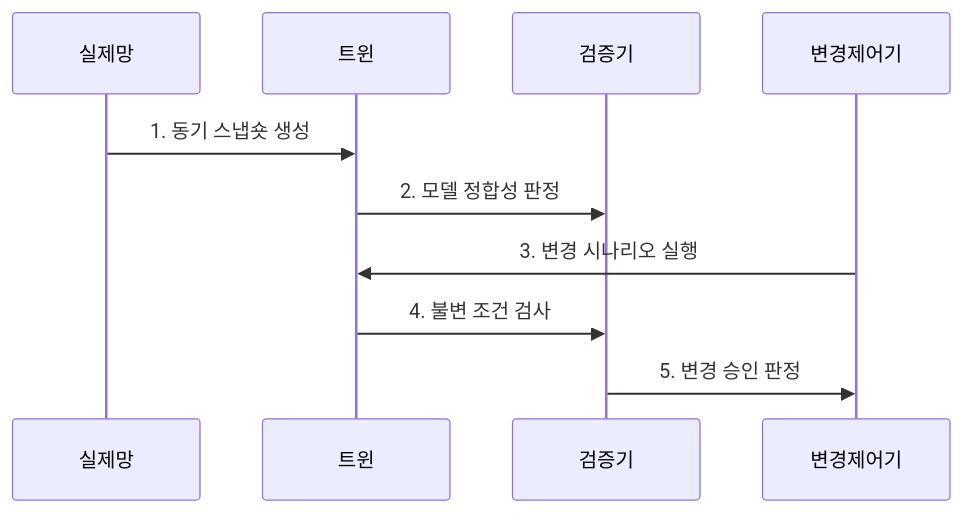
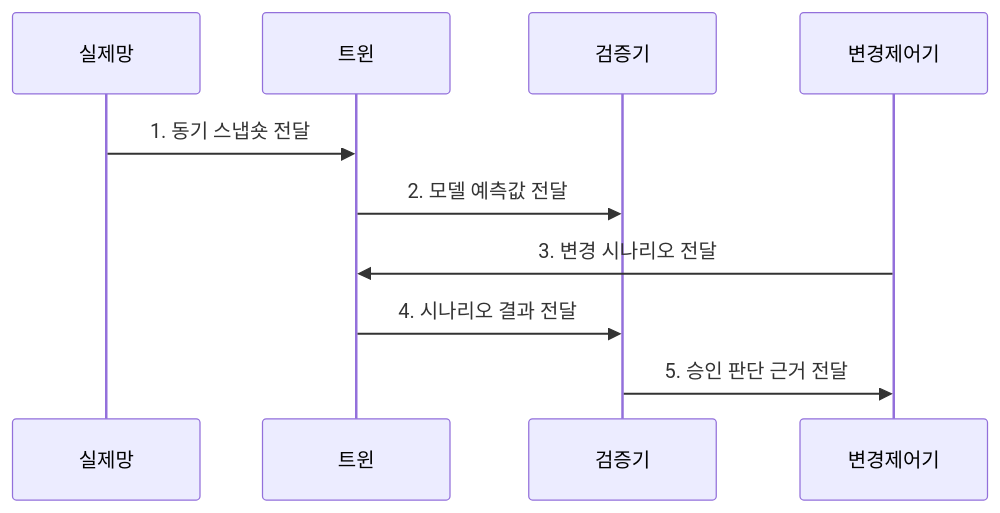
Before and after one commit to agnusdei1207/knowledge-base: the second of 2 diagrams in src/content/docs/notes/04-network/099_network_digital_twin.md, drawn with Mermaid. The commit also changed other lines of this file and 20 other files, not shown here.

````diff
--- a/src/content/docs/notes/04-network/099_network_digital_twin.md
+++ b/src/content/docs/notes/04-network/099_network_digital_twin.md
@@ -80,12 +88,12 @@
 ```mermaid
 sequenceDiagram
     participant 실제망
     participant 트윈
     participant 검증기
     participant 변경제어기
-    실제망->>트윈: 1. 동기 스냅숏 생성
-    트윈->>검증기: 2. 모델 정합성 판정
-    변경제어기->>트윈: 3. 변경 시나리오 실행
-    트윈->>검증기: 4. 불변 조건 검사
-    검증기->>변경제어기: 5. 변경 승인 판정
+    실제망->>트윈: 1. 동기 스냅숏 전달
+    트윈->>검증기: 2. 모델 예측값 전달
+    변경제어기->>트윈: 3. 변경 시나리오 전달
+    트윈->>검증기: 4. 시나리오 결과 전달
+    검증기->>변경제어기: 5. 승인 판단 근거 전달
 ```
````
